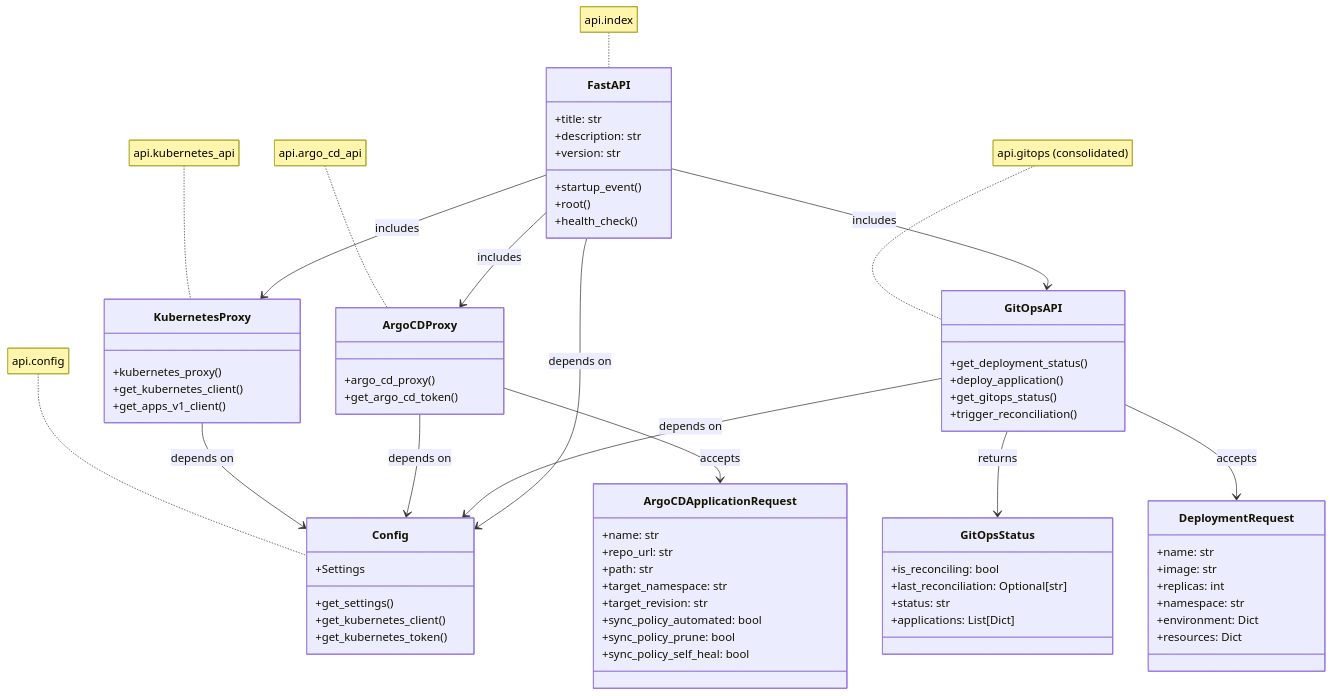
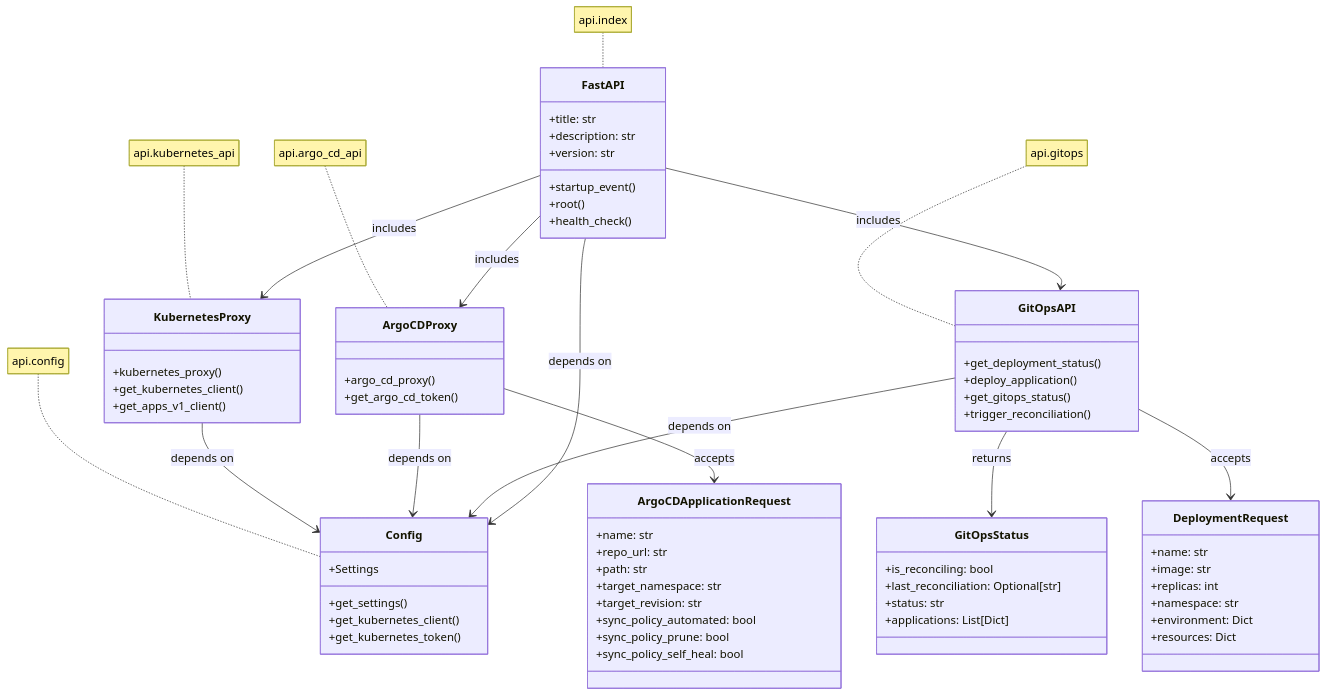
The sixth of 11 diagrams in README.md (lloydchang/tvp-k8s), drawn with Mermaid before and after one commit. The commit also changed other lines of this file and 2 other files, not shown here.

````diff
--- a/README.md
+++ b/README.md
@@ -574,80 +574,80 @@
 ```mermaid
 classDiagram
     class FastAPI {
         +title: str
         +description: str
         +version: str
         +startup_event()
         +root()
         +health_check()
     }
     
     class KubernetesProxy {
         +kubernetes_proxy()
         +get_kubernetes_client()
         +get_apps_v1_client()
     }
     
     class ArgoCDProxy {
         +argo_cd_proxy()
         +get_argo_cd_token()
     }
     
     class GitOpsAPI {
         +get_deployment_status()
         +deploy_application()
         +get_gitops_status()
         +trigger_reconciliation()
     }
     
     class Config {
         +Settings
         +get_settings()
         +get_kubernetes_client()
         +get_kubernetes_token()
     }
 
     class GitOpsStatus {
         +is_reconciling: bool
         +last_reconciliation: Optional[str]
         +status: str
         +applications: List[Dict]
     }
 
     class DeploymentRequest {
         +name: str
         +image: str
         +replicas: int
         +namespace: str
         +environment: Dict
         +resources: Dict
     }
 
     class ArgoCDApplicationRequest {
         +name: str
         +repo_url: str
         +path: str
         +target_namespace: str
         +target_revision: str
         +sync_policy_automated: bool
         +sync_policy_prune: bool
         +sync_policy_self_heal: bool
     }
     
     FastAPI --> KubernetesProxy : includes
     FastAPI --> ArgoCDProxy : includes
     FastAPI --> GitOpsAPI : includes
     KubernetesProxy --> Config : depends on
     ArgoCDProxy --> Config : depends on
     GitOpsAPI --> Config : depends on
     FastAPI --> Config : depends on
     GitOpsAPI --> GitOpsStatus : returns
     GitOpsAPI --> DeploymentRequest : accepts
     ArgoCDProxy --> ArgoCDApplicationRequest : accepts
 
     note for FastAPI "api.index"
     note for KubernetesProxy "api.kubernetes_api"
     note for ArgoCDProxy "api.argo_cd_api" 
-    note for GitOpsAPI "api.gitops (consolidated)"
+    note for GitOpsAPI "api.gitops"
     note for Config "api.config"
 ```
````
